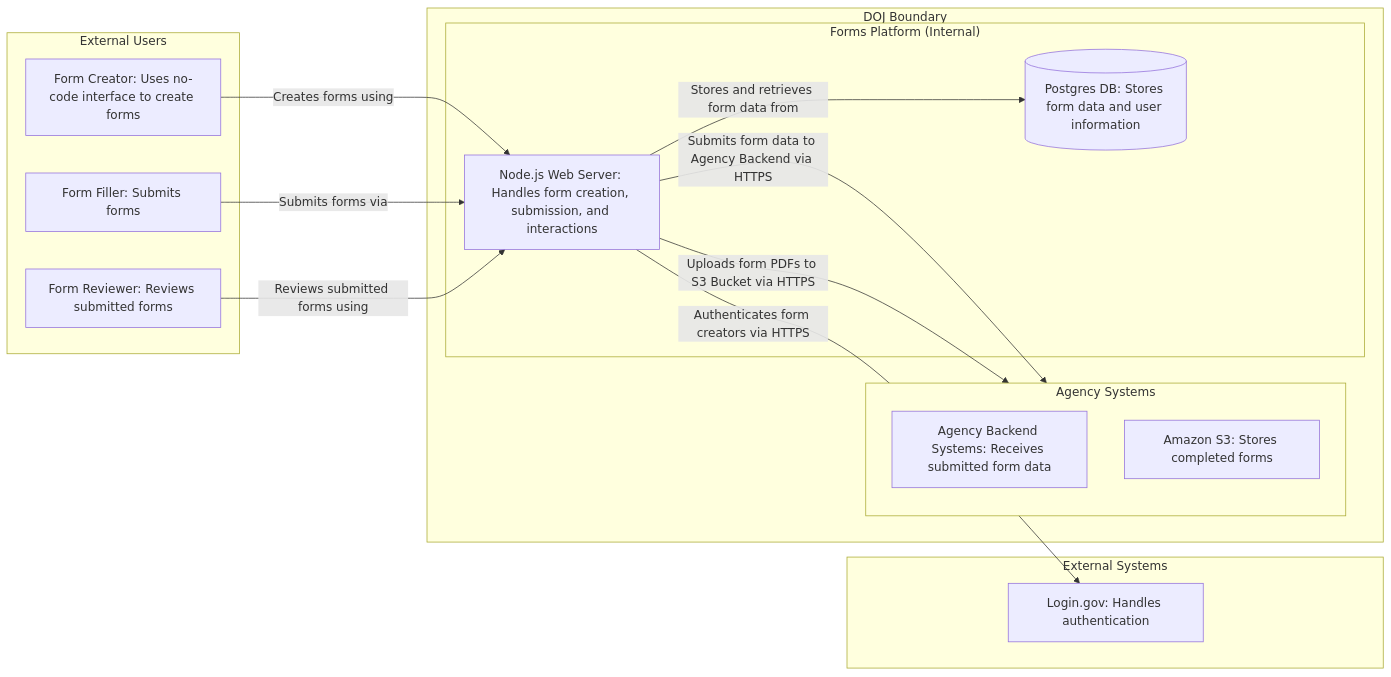
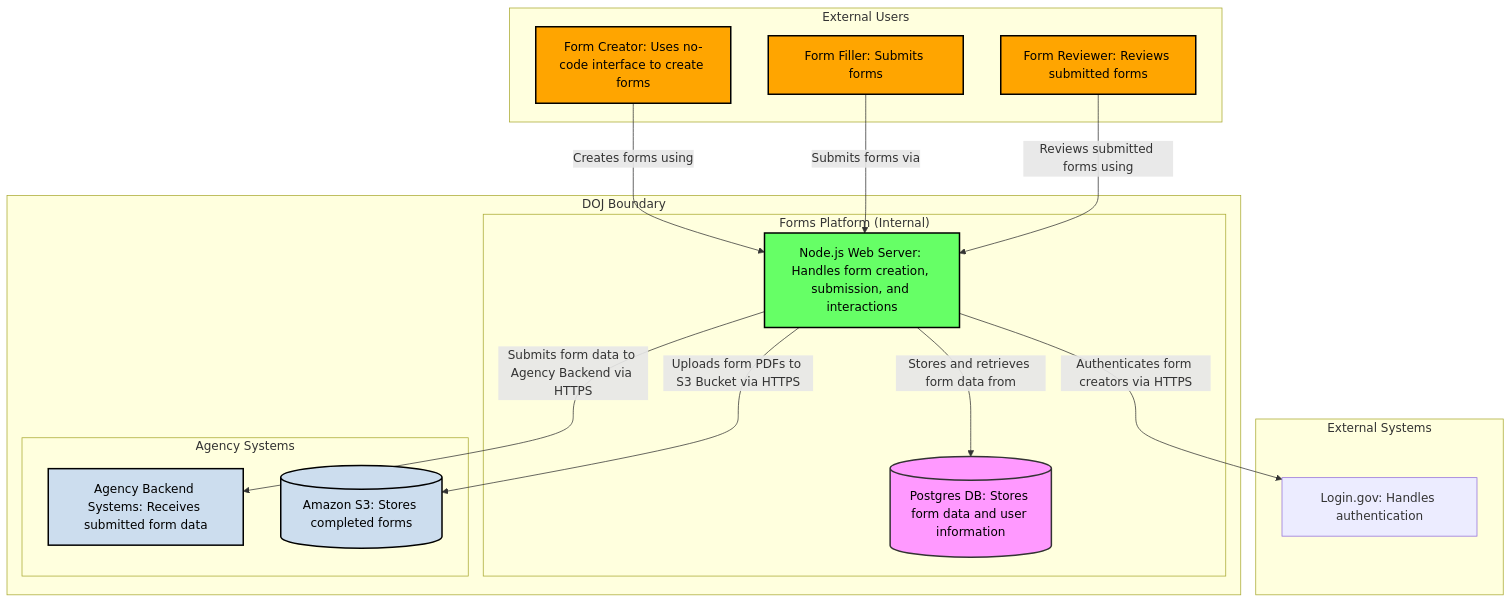
The diagram in documents/doj-diagram.md (GSA-TTS/atj-platform), drawn with Mermaid before and after one commit.

Commit message:
Style DOJ chart

````diff
--- a/documents/doj-diagram.md
+++ b/documents/doj-diagram.md
@@ -5,34 +5,38 @@
 ```mermaid
-flowchart LR
+flowchart TB
     subgraph "External Users"
-        formFiller[Form Filler: Submits forms]
-        formCreator[Form Creator: Uses no-code interface to create forms]
-        formReviewer[Form Reviewer: Reviews submitted forms]
+        formFiller[Form Filler: Submits forms]:::userStyle
+        formCreator[Form Creator: Uses no-code interface to create forms]:::userStyle
+        formReviewer[Form Reviewer: Reviews submitted forms]:::userStyle
     end
 
     subgraph "DOJ Boundary"
-        subgraph "Agency Systems"
-            direction TB
-            agencyBackend[Agency Backend Systems: Receives submitted form data]
-            s3Bucket[Amazon S3: Stores completed forms]
+        subgraph "Forms Platform (Internal)"
+            webServer[Node.js Web Server: Handles form creation, submission, and interactions]:::webStyle
+            database[(Postgres DB: Stores form data and user information)]:::dbStyle
         end
 
-        subgraph "Forms Platform (Internal)"
-            webServer[Node.js Web Server: Handles form creation, submission, and interactions]
-            database[(Postgres DB: Stores form data and user information)]
+        subgraph "Agency Systems"
+            agencyBackend[Agency Backend Systems: Receives submitted form data]:::agencyStyle
+            s3Bucket[(Amazon S3: Stores completed forms)]:::agencyStyle
         end
     end
 
     subgraph "External Systems"
         loginGov[Login.gov: Handles authentication]
     end
 
     formCreator -->|Creates forms using| webServer
     formFiller -->|Submits forms via| webServer
     formReviewer -->|Reviews submitted forms using| webServer
     webServer -->|Stores and retrieves form data from| database
 
     webServer -->|Authenticates form creators via HTTPS| loginGov
     webServer -->|Submits form data to Agency Backend via HTTPS| agencyBackend
     webServer -->|Uploads form PDFs to S3 Bucket via HTTPS| s3Bucket
+
+    classDef userStyle fill:#ffa500,stroke:#000,stroke-width:2px,color:#000;
+    classDef webStyle fill:#6f6,stroke:#000,stroke-width:2px,color:#000;
+    classDef dbStyle fill:#f9f,stroke:#333,stroke-width:2px,color:#000;
+    classDef agencyStyle fill:#cde,stroke:#000,stroke-width:2px,color:#000;
 ```
````
